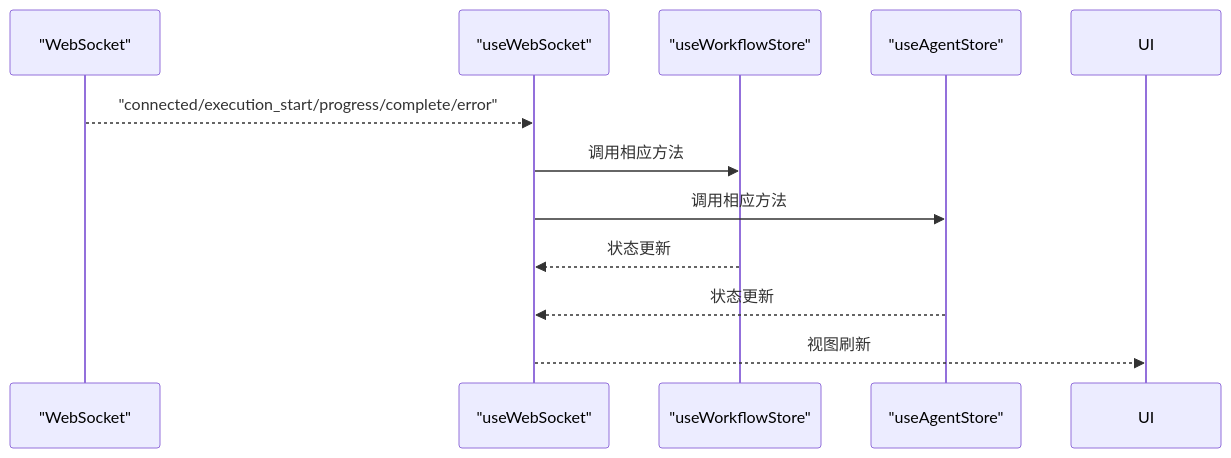
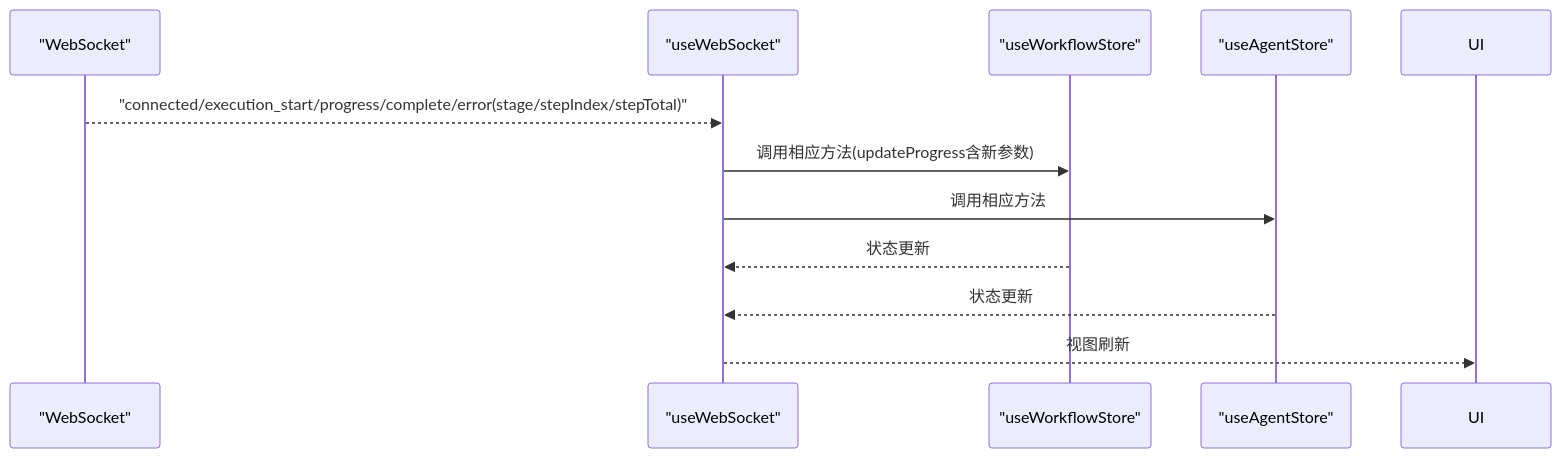
One commit to billye220670/CorineKit_Pix2Real changed the sixth of 9 diagrams in .qoder/repowiki/zh/content/前端应用/状态管理系统/工作流状态管理/工作流状态管理.md. Above: the diagram before and after it, drawn with Mermaid. The commit also changed other lines of this file and 13 other files, not shown here.

````diff
--- a/.qoder/repowiki/zh/content/前端应用/状态管理系统/工作流状态管理/工作流状态管理.md
+++ b/.qoder/repowiki/zh/content/前端应用/状态管理系统/工作流状态管理/工作流状态管理.md
@@ -394,13 +452,13 @@
 ```mermaid
 sequenceDiagram
 participant WS as "WebSocket"
 participant Hook as "useWebSocket"
 participant Store as "useWorkflowStore"
 participant AgentStore as "useAgentStore"
-WS-->>Hook : "connected/execution_start/progress/complete/error"
-Hook->>Store : 调用相应方法
+WS-->>Hook : "connected/execution_start/progress/complete/error(stage/stepIndex/stepTotal)"
+Hook->>Store : 调用相应方法(updateProgress含新参数)
 Hook->>AgentStore : 调用相应方法
 Store-->>Hook : 状态更新
 AgentStore-->>Hook : 状态更新
 Hook-->>UI : 视图刷新
 ```
````
